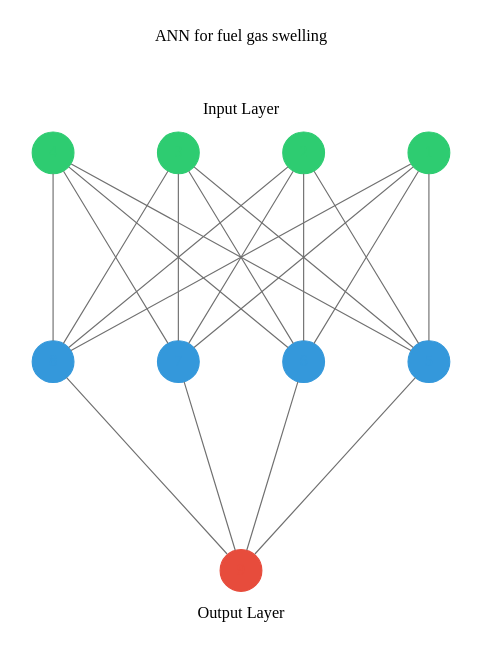
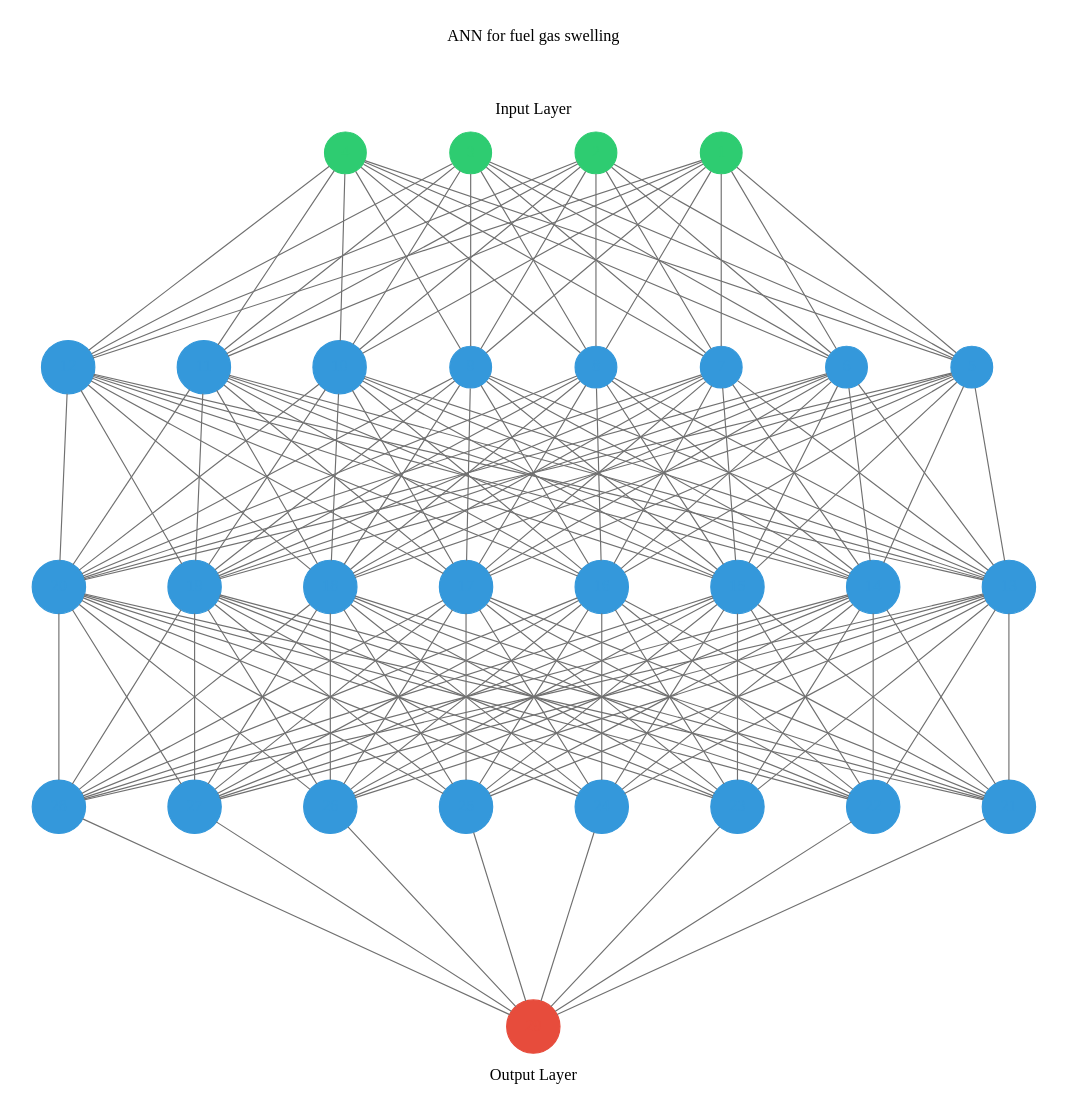
Before and after one commit to ahasan3-ncsu/wd-swelling: the diagram in data_2022/network.gv, drawn with Graphviz. The commit also changed 7 other files, not shown here.

```diff
--- a/data_2022/network.gv
+++ b/data_2022/network.gv
@@ -49,6 +49,22 @@
 	2 -> 8
 	3 -> 8
 	4 -> 8
+	1 -> 9
+	2 -> 9
+	3 -> 9
+	4 -> 9
+	1 -> 10
+	2 -> 10
+	3 -> 10
+	4 -> 10
+	1 -> 11
+	2 -> 11
+	3 -> 11
+	4 -> 11
+	1 -> 12
+	2 -> 12
+	3 -> 12
+	4 -> 12
 	subgraph cluster_1 {
 		color=white
 		rank=same
@@ -57,17 +73,179 @@
 		6 [color="#3498db" fontcolor="#3498db" shape=circle style=filled]
 		7 [color="#3498db" fontcolor="#3498db" shape=circle style=filled]
 		8 [color="#3498db" fontcolor="#3498db" shape=circle style=filled]
+		9 [color="#3498db" fontcolor="#3498db" shape=circle style=filled]
+		10 [color="#3498db" fontcolor="#3498db" shape=circle style=filled]
+		11 [color="#3498db" fontcolor="#3498db" shape=circle style=filled]
+		12 [color="#3498db" fontcolor="#3498db" shape=circle style=filled]
 	}
-	5 -> 9
-	6 -> 9
-	7 -> 9
-	8 -> 9
+	5 -> 13
+	6 -> 13
+	7 -> 13
+	8 -> 13
+	9 -> 13
+	10 -> 13
+	11 -> 13
+	12 -> 13
+	5 -> 14
+	6 -> 14
+	7 -> 14
+	8 -> 14
+	9 -> 14
+	10 -> 14
+	11 -> 14
+	12 -> 14
+	5 -> 15
+	6 -> 15
+	7 -> 15
+	8 -> 15
+	9 -> 15
+	10 -> 15
+	11 -> 15
+	12 -> 15
+	5 -> 16
+	6 -> 16
+	7 -> 16
+	8 -> 16
+	9 -> 16
+	10 -> 16
+	11 -> 16
+	12 -> 16
+	5 -> 17
+	6 -> 17
+	7 -> 17
+	8 -> 17
+	9 -> 17
+	10 -> 17
+	11 -> 17
+	12 -> 17
+	5 -> 18
+	6 -> 18
+	7 -> 18
+	8 -> 18
+	9 -> 18
+	10 -> 18
+	11 -> 18
+	12 -> 18
+	5 -> 19
+	6 -> 19
+	7 -> 19
+	8 -> 19
+	9 -> 19
+	10 -> 19
+	11 -> 19
+	12 -> 19
+	5 -> 20
+	6 -> 20
+	7 -> 20
+	8 -> 20
+	9 -> 20
+	10 -> 20
+	11 -> 20
+	12 -> 20
+	subgraph cluster_2 {
+		color=white
+		rank=same
+		label="" labeljust=right labelloc=b
+		13 [color="#3498db" fontcolor="#3498db" shape=circle style=filled]
+		14 [color="#3498db" fontcolor="#3498db" shape=circle style=filled]
+		15 [color="#3498db" fontcolor="#3498db" shape=circle style=filled]
+		16 [color="#3498db" fontcolor="#3498db" shape=circle style=filled]
+		17 [color="#3498db" fontcolor="#3498db" shape=circle style=filled]
+		18 [color="#3498db" fontcolor="#3498db" shape=circle style=filled]
+		19 [color="#3498db" fontcolor="#3498db" shape=circle style=filled]
+		20 [color="#3498db" fontcolor="#3498db" shape=circle style=filled]
+	}
+	13 -> 21
+	14 -> 21
+	15 -> 21
+	16 -> 21
+	17 -> 21
+	18 -> 21
+	19 -> 21
+	20 -> 21
+	13 -> 22
+	14 -> 22
+	15 -> 22
+	16 -> 22
+	17 -> 22
+	18 -> 22
+	19 -> 22
+	20 -> 22
+	13 -> 23
+	14 -> 23
+	15 -> 23
+	16 -> 23
+	17 -> 23
+	18 -> 23
+	19 -> 23
+	20 -> 23
+	13 -> 24
+	14 -> 24
+	15 -> 24
+	16 -> 24
+	17 -> 24
+	18 -> 24
+	19 -> 24
+	20 -> 24
+	13 -> 25
+	14 -> 25
+	15 -> 25
+	16 -> 25
+	17 -> 25
+	18 -> 25
+	19 -> 25
+	20 -> 25
+	13 -> 26
+	14 -> 26
+	15 -> 26
+	16 -> 26
+	17 -> 26
+	18 -> 26
+	19 -> 26
+	20 -> 26
+	13 -> 27
+	14 -> 27
+	15 -> 27
+	16 -> 27
+	17 -> 27
+	18 -> 27
+	19 -> 27
+	20 -> 27
+	13 -> 28
+	14 -> 28
+	15 -> 28
+	16 -> 28
+	17 -> 28
+	18 -> 28
+	19 -> 28
+	20 -> 28
+	subgraph cluster_3 {
+		color=white
+		rank=same
+		label="" labeljust=right labelloc=b
+		21 [color="#3498db" fontcolor="#3498db" shape=circle style=filled]
+		22 [color="#3498db" fontcolor="#3498db" shape=circle style=filled]
+		23 [color="#3498db" fontcolor="#3498db" shape=circle style=filled]
+		24 [color="#3498db" fontcolor="#3498db" shape=circle style=filled]
+		25 [color="#3498db" fontcolor="#3498db" shape=circle style=filled]
+		26 [color="#3498db" fontcolor="#3498db" shape=circle style=filled]
+		27 [color="#3498db" fontcolor="#3498db" shape=circle style=filled]
+		28 [color="#3498db" fontcolor="#3498db" shape=circle style=filled]
+	}
+	21 -> 29
+	22 -> 29
+	23 -> 29
+	24 -> 29
+	25 -> 29
+	26 -> 29
+	27 -> 29
+	28 -> 29
 	subgraph cluster_output {
 		node [color="#2ecc71" fontcolor="#2ecc71" shape=circle style=filled]
 		color=white
 		rank=same
 		labeljust=1
-		9 [color="#e74c3c" fontcolor="#e74c3c" shape=circle style=filled]
+		29 [color="#e74c3c" fontcolor="#e74c3c" shape=circle style=filled]
 		label="Output Layer" labelloc=bottom
 	}
 	arrowShape=none
```
